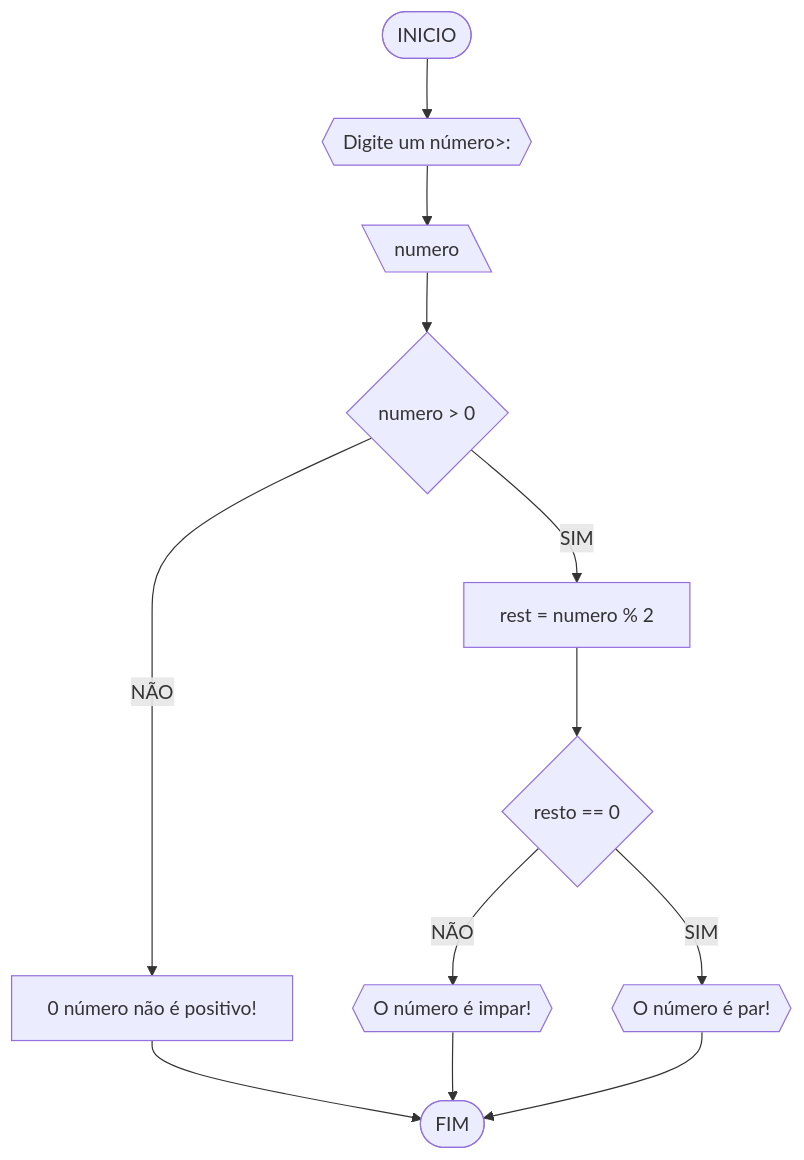
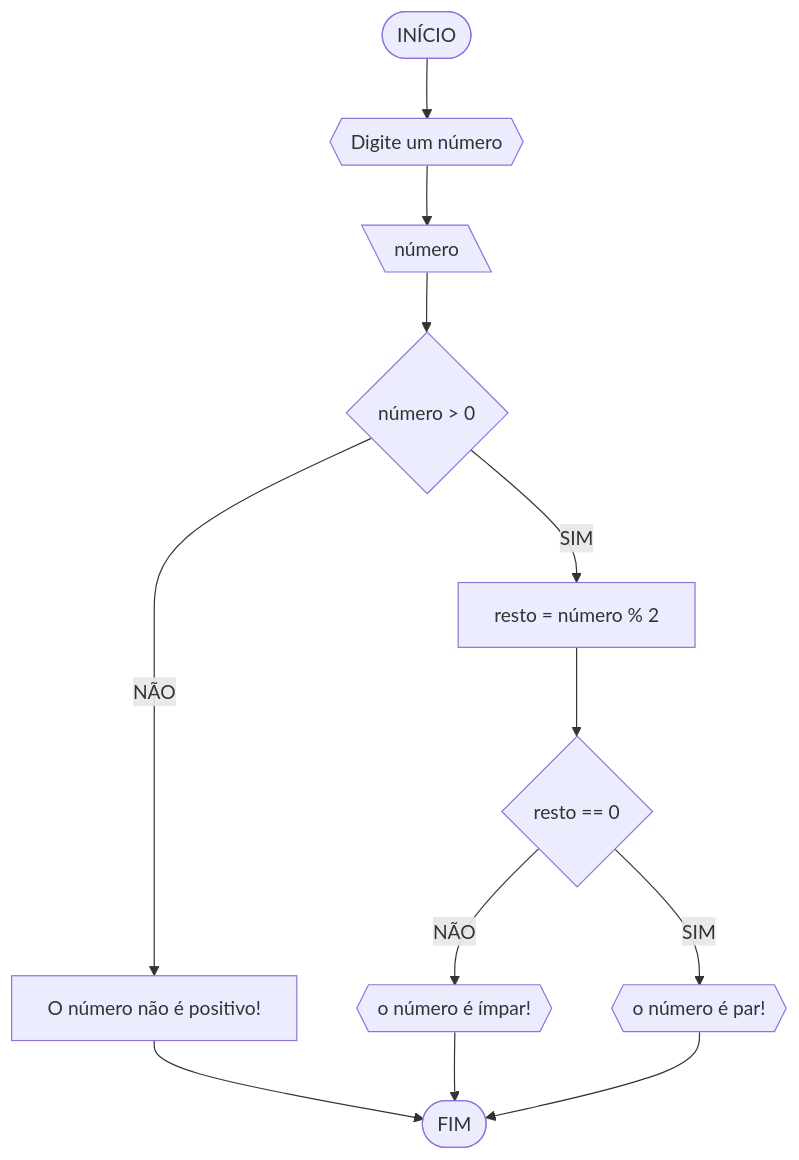
The first of 4 diagrams in RLA/lista exercicios1.md (lucastudart/unifor), drawn with Mermaid before and after one commit. The commit also changed other lines of this file, not shown here.

````diff
--- a/RLA/lista exercicios1.md
+++ b/RLA/lista exercicios1.md
@@ -6,14 +8,14 @@
 ```mermaid
 flowchart TD
-A([INICIO])--> B{{Digite um número>:}}
-B --> C[\numero\]
-C --> D{numero > 0}
-D --NÃO--> E[0 número não é positivo!]
-D --SIM --> F[rest = numero % 2]
+A([INÍCIO]) --> B{{Digite um número}}
+B --> C[\número\]
+C --> D{número > 0}
+D --NÃO--> E[O número não é positivo!]
+D --SIM--> F[resto = número % 2]
 E --> Z([FIM])
 F --> G{resto == 0}
-G --NÃO--> H{{O número é impar!}}
-G --SIM--> I{{O número é par!}}
+G --NÃO--> H{{o número é ímpar!}}
+G --SIM--> I{{o número é par!}}
 H --> Z
 I --> Z
 ```
````
